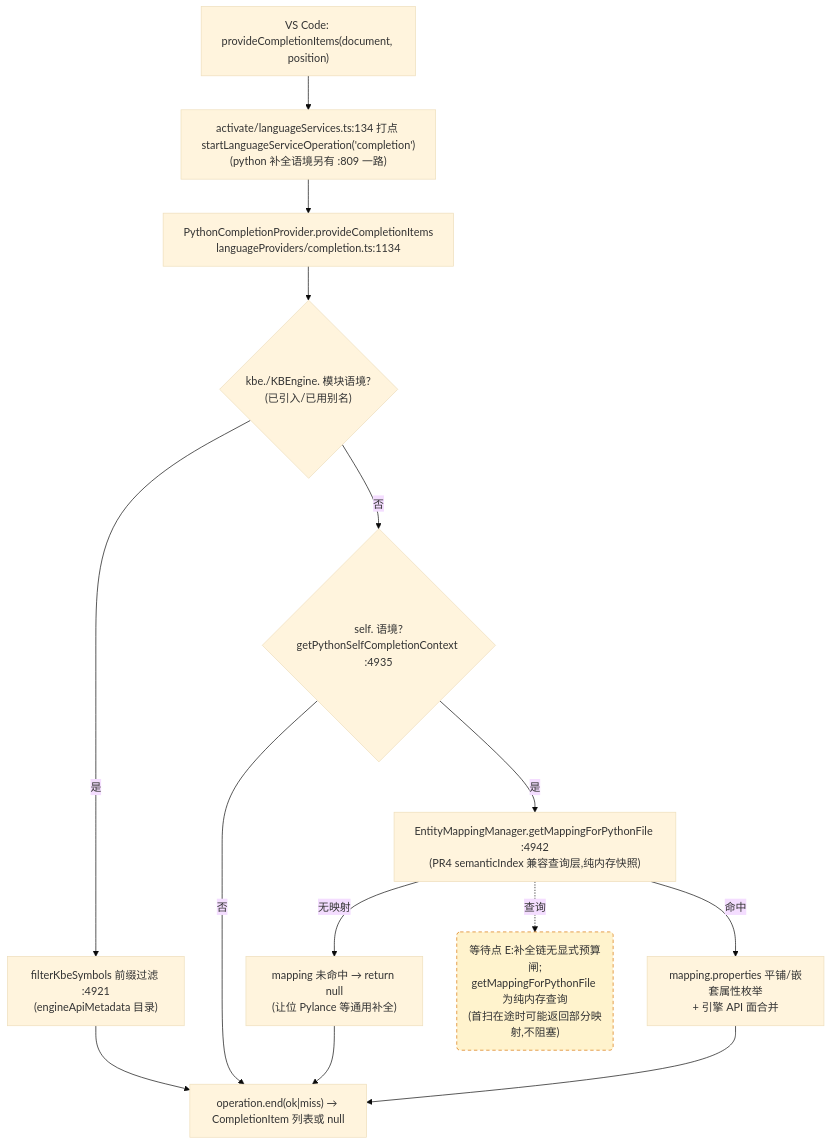
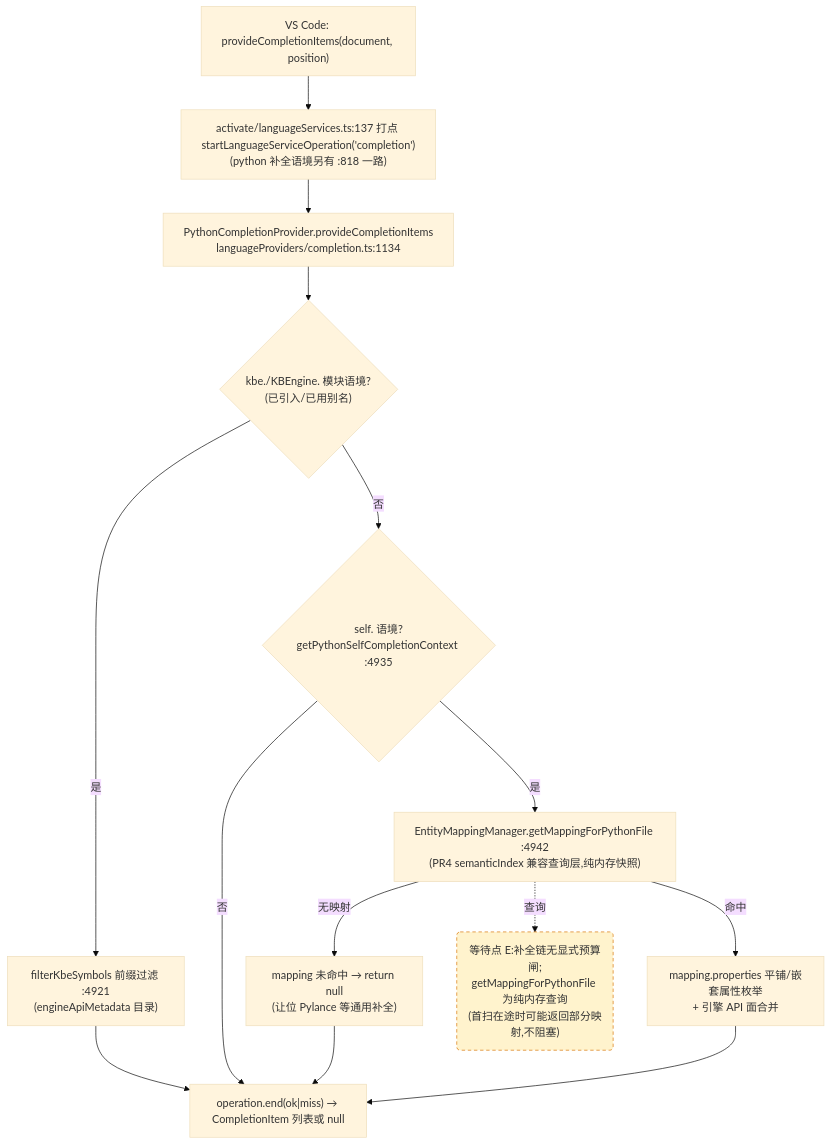
One commit to cuihairu/kode changed the third of 4 diagrams in docs/perf/2026-baseline.md. Above: the diagram before and after it, drawn with Mermaid (base theme). The commit also changed other lines of this file and 7 other files, not shown here.

````diff
--- a/docs/perf/2026-baseline.md
+++ b/docs/perf/2026-baseline.md
@@ -202,27 +202,27 @@
 ```mermaid
 flowchart TD
   VC3["VS Code: provideCompletionItems(document, position)"]
-  M3["activate/languageServices.ts:134 打点 startLanguageServiceOperation('completion')<br/>(python 补全语境另有 :809 一路)"]
+  M3["activate/languageServices.ts:137 打点 startLanguageServiceOperation('completion')<br/>(python 补全语境另有 :818 一路)"]
   CP["PythonCompletionProvider.provideCompletionItems<br/>languageProviders/completion.ts:1134"]
   KBEC{"kbe./KBEngine. 模块语境?<br/>(已引入/已用别名)"}
   FILTER["filterKbeSymbols 前缀过滤 :4921<br/>(engineApiMetadata 目录)"]
   SELFC{"self. 语境?<br/>getPythonSelfCompletionContext :4935"}
   MAP["EntityMappingManager.getMappingForPythonFile :4942<br/>(PR4 semanticIndex 兼容查询层,纯内存快照)"]
   NOMAP["mapping 未命中 → return null<br/>(让位 Pylance 等通用补全)"]
   PROPS["mapping.properties 平铺/嵌套属性枚举<br/>+ 引擎 API 面合并"]
   END3["operation.end(ok|miss) → CompletionItem 列表或 null"]
 
   VC3 --> M3 --> CP --> KBEC
   KBEC -- "是" --> FILTER --> END3
   KBEC -- "否" --> SELFC
   SELFC -- "否" --> END3
   SELFC -- "是" --> MAP
   MAP -- "无映射" --> NOMAP --> END3
   MAP -- "命中" --> PROPS --> END3
 
   WAITE("等待点 E:补全链无显式预算闸;<br/>getMappingForPythonFile 为纯内存查询<br/>(首扫在途时可能返回部分映射,不阻塞)")
   MAP -.->|查询| WAITE
 
   classDef waitPoint fill:#fff3cd,stroke:#d97706,stroke-dasharray:5 4;
   class WAITE waitPoint;
 ```
````
